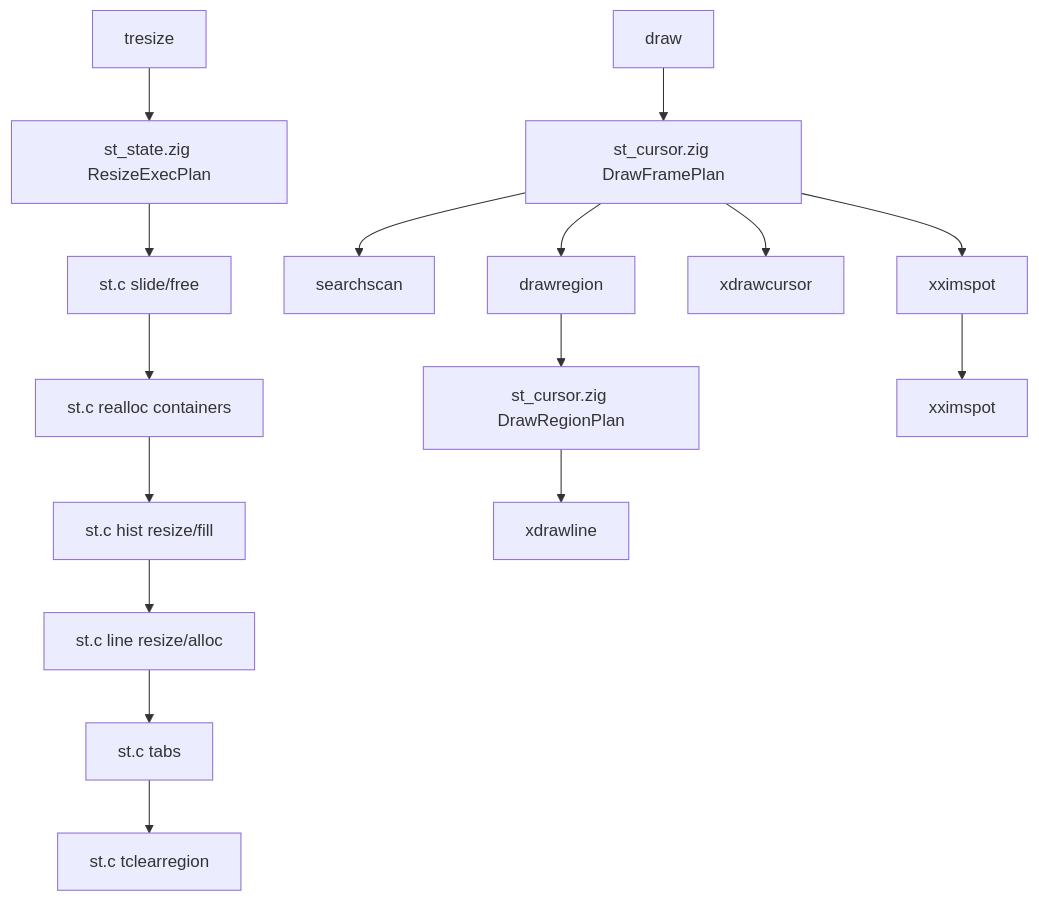
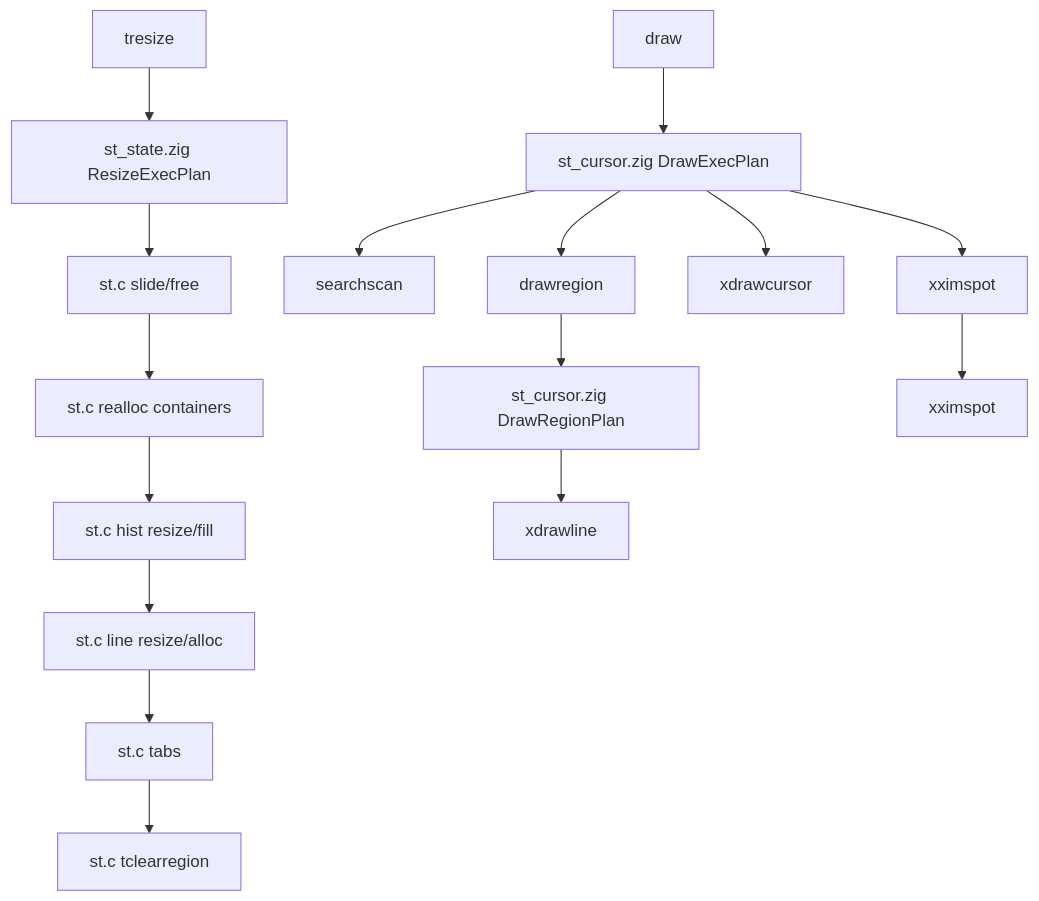
Before and after one commit to zdzDesigner/st: the seventh of 9 diagrams in docs/architecture-flow.md, drawn with Mermaid. The commit also changed other lines of this file and 15 other files, not shown here.

````diff
--- a/docs/architecture-flow.md
+++ b/docs/architecture-flow.md
@@ -180,19 +180,19 @@
 ```mermaid
 flowchart TD
     Resize[tresize] --> ResizePlan[st_state.zig ResizeExecPlan]
     ResizePlan --> SlideFree[st.c slide/free]
     SlideFree --> Realloc[st.c realloc containers]
     Realloc --> Hist[st.c hist resize/fill]
     Hist --> Rows[st.c line resize/alloc]
     Rows --> Tabs[st.c tabs]
     Tabs --> Clear[st.c tclearregion]
 
-    Draw[draw] --> Frame[st_cursor.zig DrawFramePlan]
+    Draw[draw] --> Frame[st_cursor.zig DrawExecPlan]
     Frame --> SearchScan[searchscan]
     Frame --> Region[drawregion]
     Region --> DirtyGate[st_cursor.zig DrawRegionPlan]
     DirtyGate --> XDraw[xdrawline]
     Frame --> XCursor[xdrawcursor]
     Frame --> ImeSpot[xximspot]
     ImeSpot --> XXim[xximspot]
 ```
````
